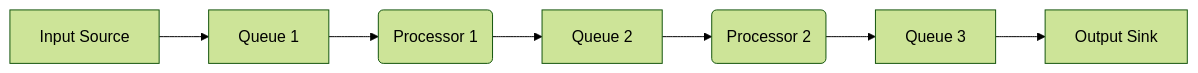
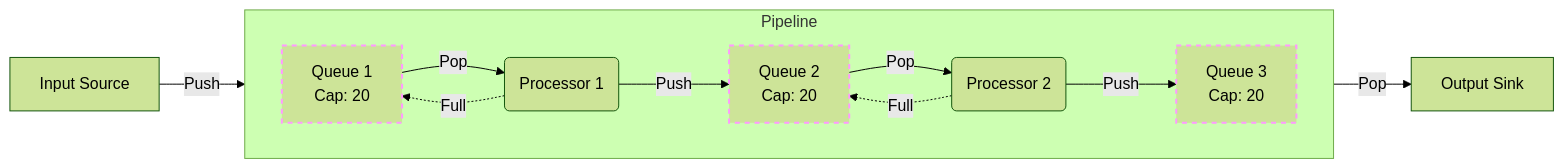
The second of 2 diagrams in docs/dev_docs/design.md (CodingRookie98/FaceFusionCpp), drawn with Mermaid (forest theme) before and after one commit. The commit also changed other lines of this file, not shown here.

Commit message:
docs: optimize design.md with err codes, shutdown logic and remove roadmap

````diff
--- a/docs/dev_docs/design.md
+++ b/docs/dev_docs/design.md
@@ -409,9 +408,22 @@
 ```mermaid
 graph LR
-    Input[Input Source] --> Q1
-    Q1[Queue 1] --> P1(Processor 1)
-    P1 --> Q2[Queue 2]
-    Q2 --> P2(Processor 2)
-    P2 --> Q3[Queue 3]
-    Q3 --> Output[Output Sink]
+    Input[Input Source] -->|Push| Q1
+
+    subgraph Pipeline
+        direction LR
+        Q1[Queue 1<br/>Cap: 20] -->|Pop| P1(Processor 1)
+        P1 -->|Push| Q2[Queue 2<br/>Cap: 20]
+        Q2 -->|Pop| P2(Processor 2)
+        P2 -->|Push| Q3[Queue 3<br/>Cap: 20]
+    end
+
+    Q3 -->|Pop| Output[Output Sink]
+
+    %% Backpressure visualization
+    P1 -.->|Full| Q1
+    P2 -.->|Full| Q2
+
+    style Q1 stroke:#f9f,stroke-width:2px,stroke-dasharray: 5 5
+    style Q2 stroke:#f9f,stroke-width:2px,stroke-dasharray: 5 5
+    style Q3 stroke:#f9f,stroke-width:2px,stroke-dasharray: 5 5
 ```
````
